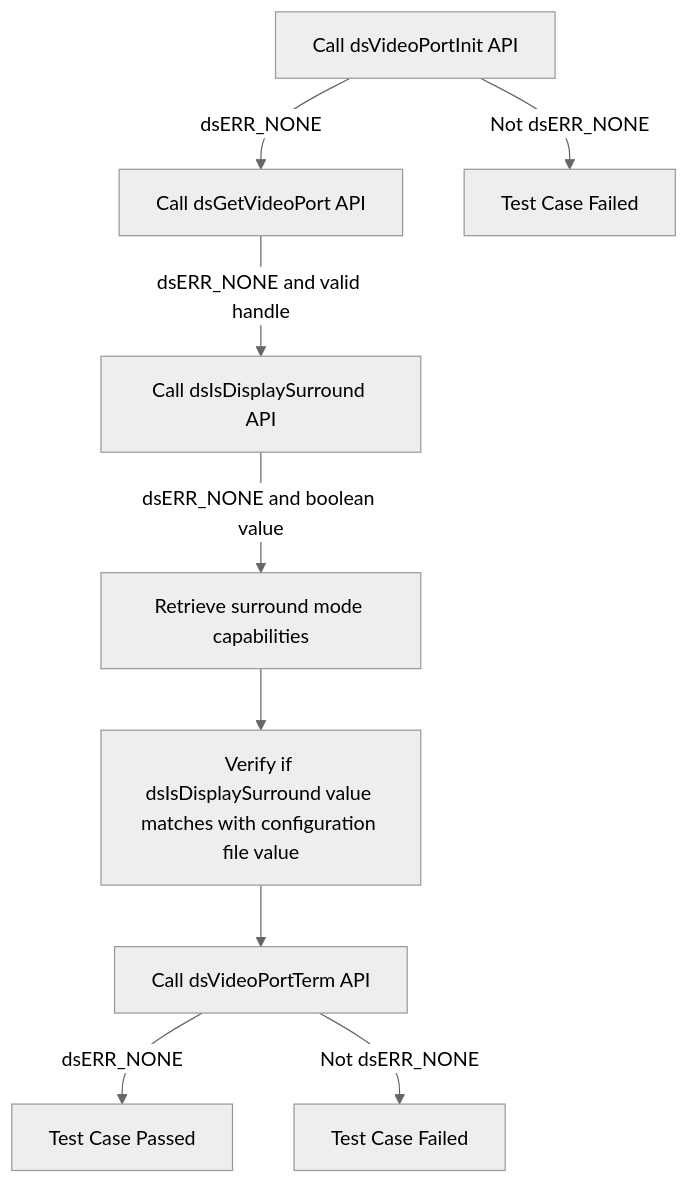
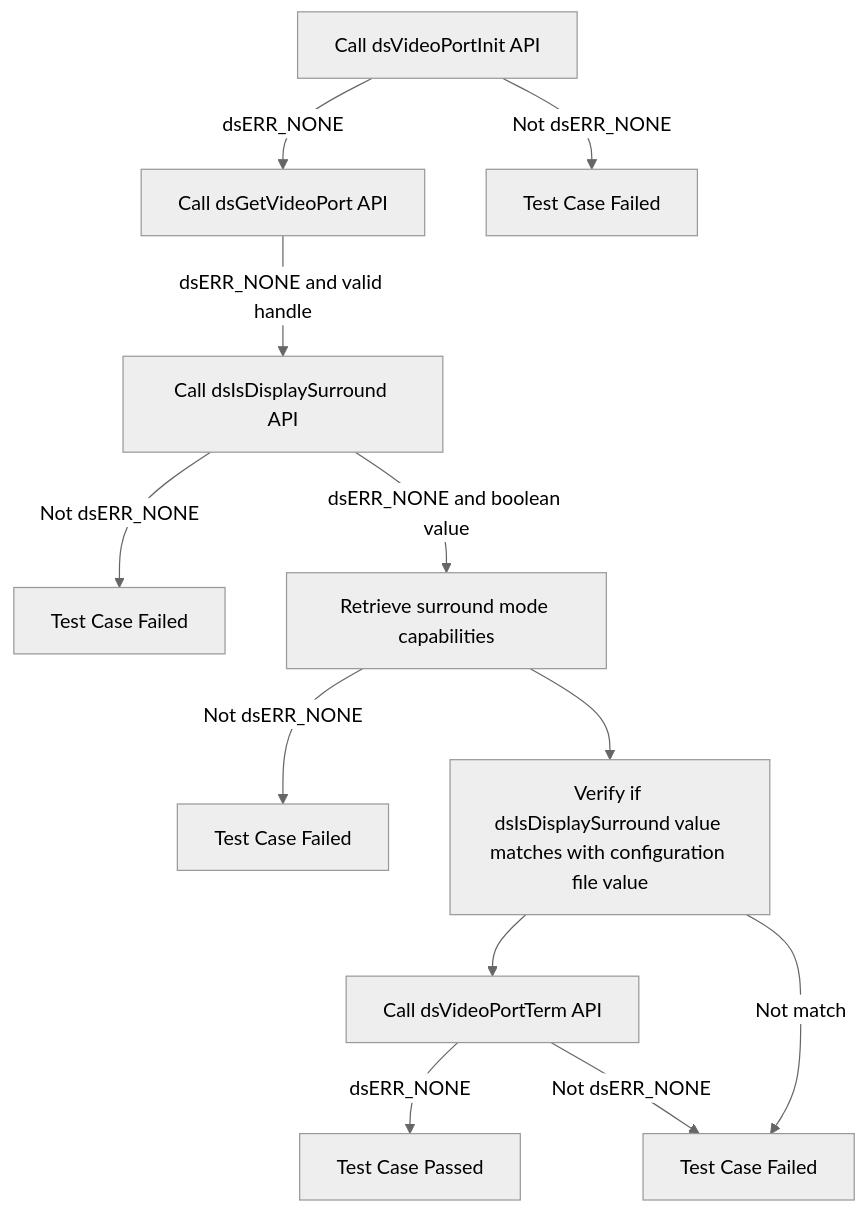
Before and after one commit to rdkcentral/rdk-halif-test-device_settings: the third of 21 diagrams in docs/pages/ds-video-port_L2_Low-Level_TestSpecification.md, drawn with Mermaid (neutral theme). The commit also changed other lines of this file and 15 other files, not shown here.

````diff
--- a/docs/pages/ds-video-port_L2_Low-Level_TestSpecification.md
+++ b/docs/pages/ds-video-port_L2_Low-Level_TestSpecification.md
@@ -234,12 +153,15 @@
 ```mermaid
 graph TB
     Step1[Call dsVideoPortInit API]
     Step1 -->|dsERR_NONE| Step2[Call dsGetVideoPort API]
     Step1 -->|Not dsERR_NONE| Fail1[Test Case Failed]
     Step2 -->|dsERR_NONE and valid handle| Step3[Call dsIsDisplaySurround API]
+    Step3 -->|Not dsERR_NONE| Fail4[Test Case Failed]
     Step3 -->|dsERR_NONE and boolean value| Step4[Retrieve surround mode capabilities]
+    Step4 -->|Not dsERR_NONE| Fail3[Test Case Failed]
     Step4 --> Step5[Verify if dsIsDisplaySurround value matches with configuration file value]
     Step5 --> Step6[Call dsVideoPortTerm API]
+    Step5 -->|Not match| Fail5[Test Case Failed]
     Step6 -->|dsERR_NONE| End[Test Case Passed]
     Step6 -->|Not dsERR_NONE| Fail5[Test Case Failed]
 ```
````
